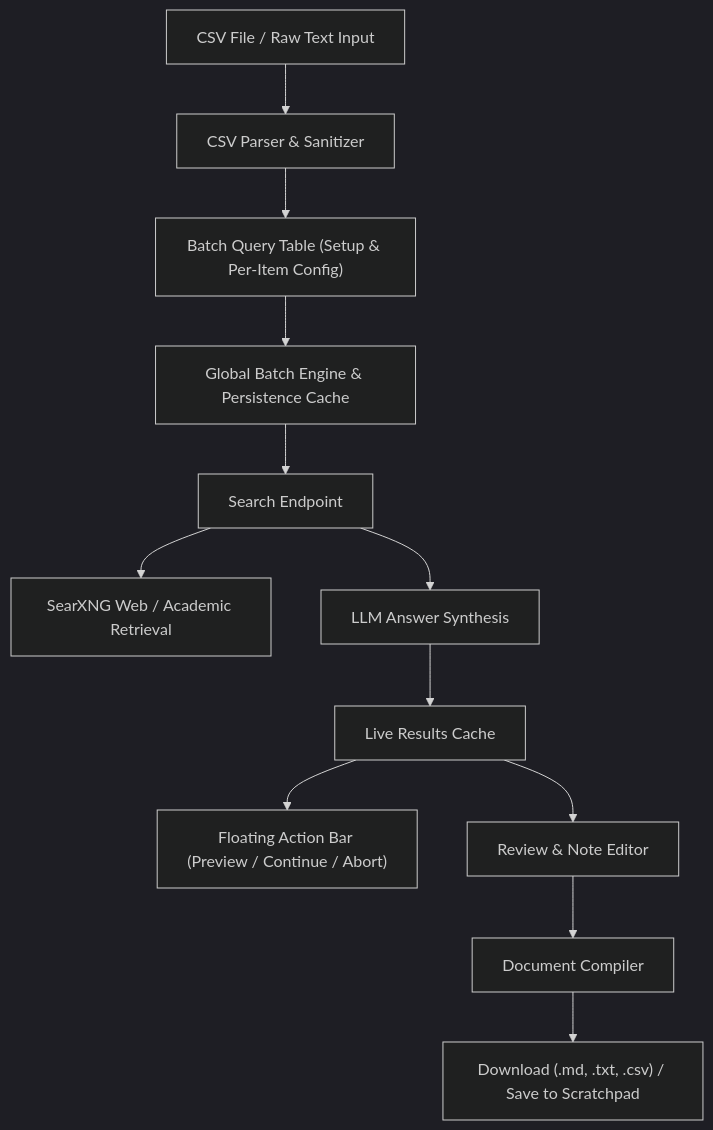
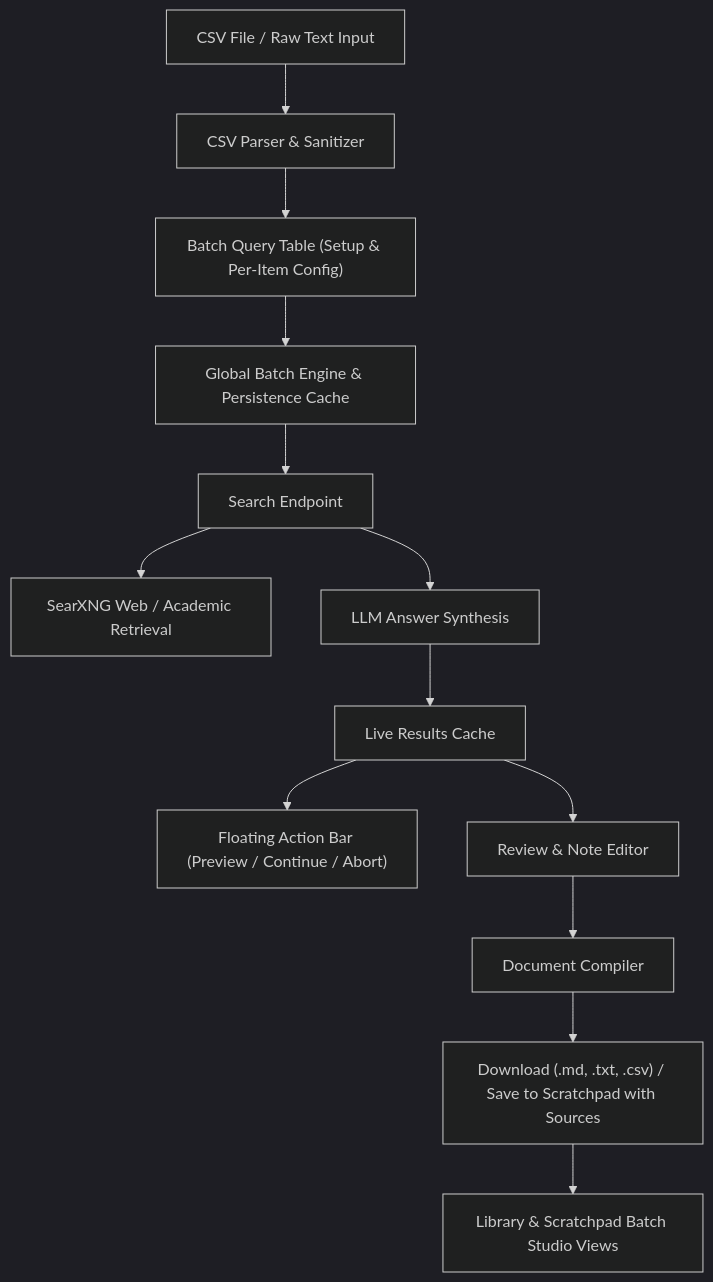
Before and after one commit to akowynia/vane-community: the diagram in docs/architecture/BATCH_SEARCH.md, drawn with Mermaid (dark theme). The commit also changed other lines of this file and 20 other files, not shown here.

````diff
--- a/docs/architecture/BATCH_SEARCH.md
+++ b/docs/architecture/BATCH_SEARCH.md
@@ -70,14 +78,15 @@
 ```mermaid
 flowchart TD
     A["CSV File / Raw Text Input"] --> B["CSV Parser & Sanitizer"]
     B --> C["Batch Query Table (Setup & Per-Item Config)"]
     C --> D["Global Batch Engine & Persistence Cache"]
     D --> E["Search Endpoint"]
     E --> F["SearXNG Web / Academic Retrieval"]
     E --> G["LLM Answer Synthesis"]
     G --> H["Live Results Cache"]
     H --> I["Floating Action Bar (Preview / Continue / Abort)"]
     H --> J["Review & Note Editor"]
     J --> K["Document Compiler"]
-    K --> L["Download (.md, .txt, .csv) / Save to Scratchpad"]
+    K --> L["Download (.md, .txt, .csv) / Save to Scratchpad with Sources"]
+    L --> M["Library & Scratchpad Batch Studio Views"]
 ```
````
